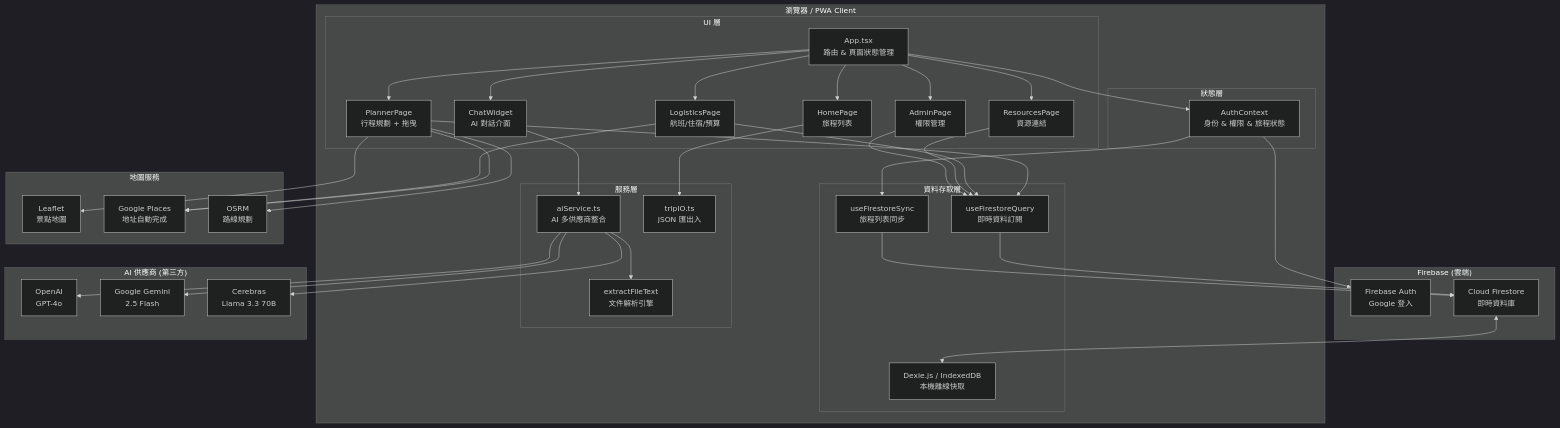
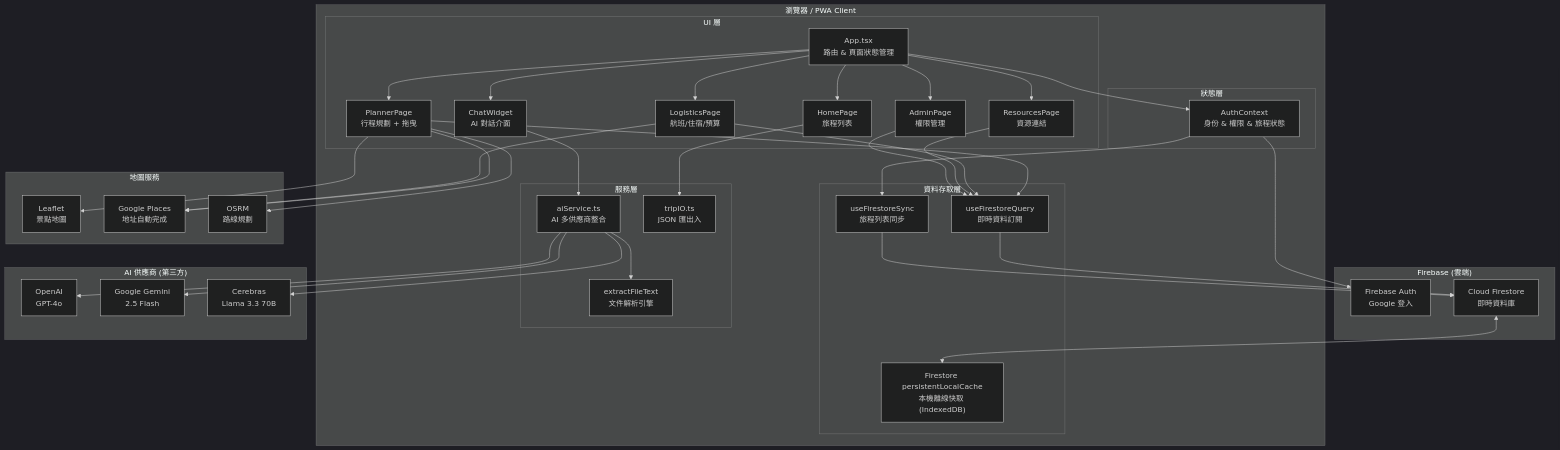
Before and after one commit to michelle-hsieh/travel-dashboard: the first of 3 diagrams in README.md, drawn with Mermaid (dark theme). The commit also changed other lines of this file and 4 other files, not shown here.

Commit message:
Refactor: migrate from manual Dexie local storage to Firestore persistentLocalCache

````diff
--- a/README.md
+++ b/README.md
@@ -14,61 +14,61 @@
 ```mermaid
 graph TB
     subgraph Client["瀏覽器 / PWA Client"]
         subgraph UI["UI 層"]
             App["App.tsx\n路由 & 頁面狀態管理"]
             Home["HomePage\n旅程列表"]
             Planner["PlannerPage\n行程規劃 + 拖曳"]
             Logistics["LogisticsPage\n航班/住宿/預算"]
             Resources["ResourcesPage\n資源連結"]
             Admin["AdminPage\n權限管理"]
             Chat["ChatWidget\nAI 對話介面"]
         end
 
         subgraph State["狀態層"]
             AuthCtx["AuthContext\n身份 & 權限 & 旅程狀態"]
         end
 
         subgraph Data["資料存取層"]
             FSQuery["useFirestoreQuery\n即時資料訂閱"]
             FSSync["useFirestoreSync\n旅程列表同步"]
-            DexieDB["Dexie.js / IndexedDB\n本機離線快取"]
+            LocalCache["Firestore persistentLocalCache\n本機離線快取 (IndexedDB)"]
         end
 
         subgraph Services["服務層"]
             AISvc["aiService.ts\nAI 多供應商整合"]
             TripIO["tripIO.ts\nJSON 匯出入"]
             FileParse["extractFileText\n文件解析引擎"]
         end
     end
 
     subgraph Firebase["Firebase (雲端)"]
         FBAuth["Firebase Auth\nGoogle 登入"]
         Firestore["Cloud Firestore\n即時資料庫"]
     end
 
     subgraph AI["AI 供應商 (第三方)"]
         OpenAI["OpenAI\nGPT-4o"]
         Gemini["Google Gemini\n2.5 Flash"]
         Cerebras["Cerebras\nLlama 3.3 70B"]
     end
 
     subgraph Maps["地圖服務"]
         Leaflet["Leaflet\n景點地圖"]
         GoogleMaps["Google Places\n地址自動完成"]
         OSRM["OSRM\n路線規劃"]
     end
 
     App --> Home & Planner & Logistics & Resources & Admin & Chat
     App --> AuthCtx
     AuthCtx --> FSSync
     Planner & Logistics & Resources & Admin --> FSQuery
     FSQuery & FSSync --> Firestore
-    Firestore <--> DexieDB
+    Firestore <--> LocalCache
     AuthCtx --> FBAuth
     Chat --> AISvc
     AISvc --> OpenAI & Gemini & Cerebras
     AISvc --> FileParse
     Planner --> Leaflet & OSRM
     Planner & Logistics --> GoogleMaps
     Home --> TripIO
 ```
````
